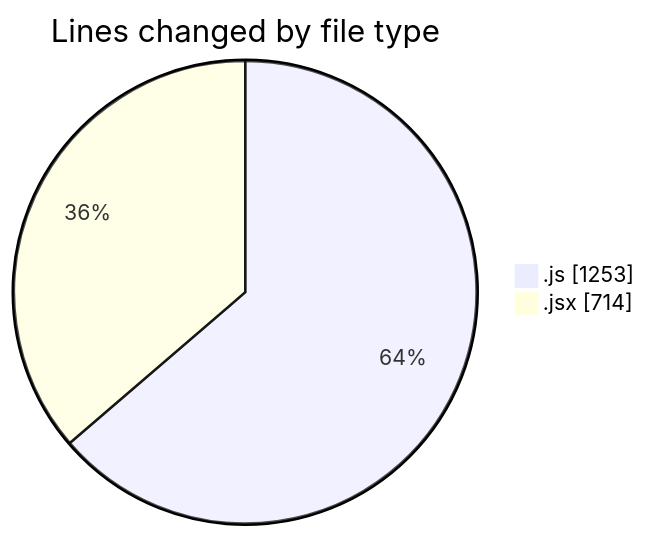
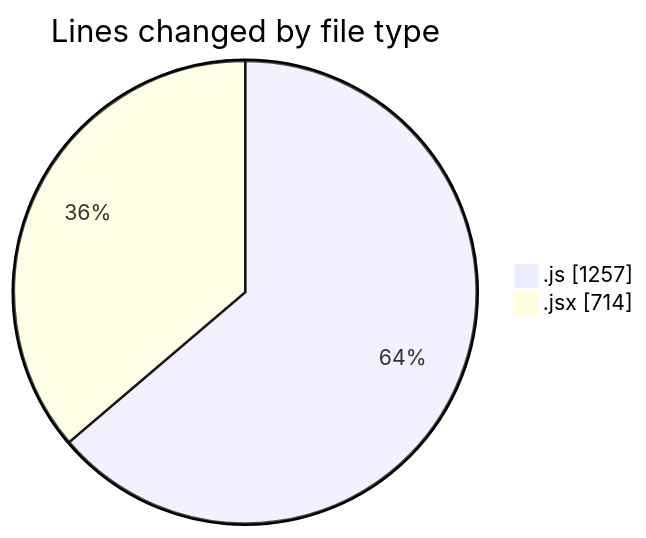
Before and after one commit to nxtqubesakshisongat/code-tracking: the first of 2 diagrams in 2025-09-01/nxtqube_webapp/README.md, drawn with Mermaid. The commit also changed other lines of this file and 1 other file, not shown here.

````diff
--- a/2025-09-01/nxtqube_webapp/README.md
+++ b/2025-09-01/nxtqube_webapp/README.md
@@ -21,6 +21,6 @@
 ```mermaid
 pie showData
 title Lines changed by file type
-".js" : 1253
+".js" : 1257
 ".jsx" : 714
 ```
````
